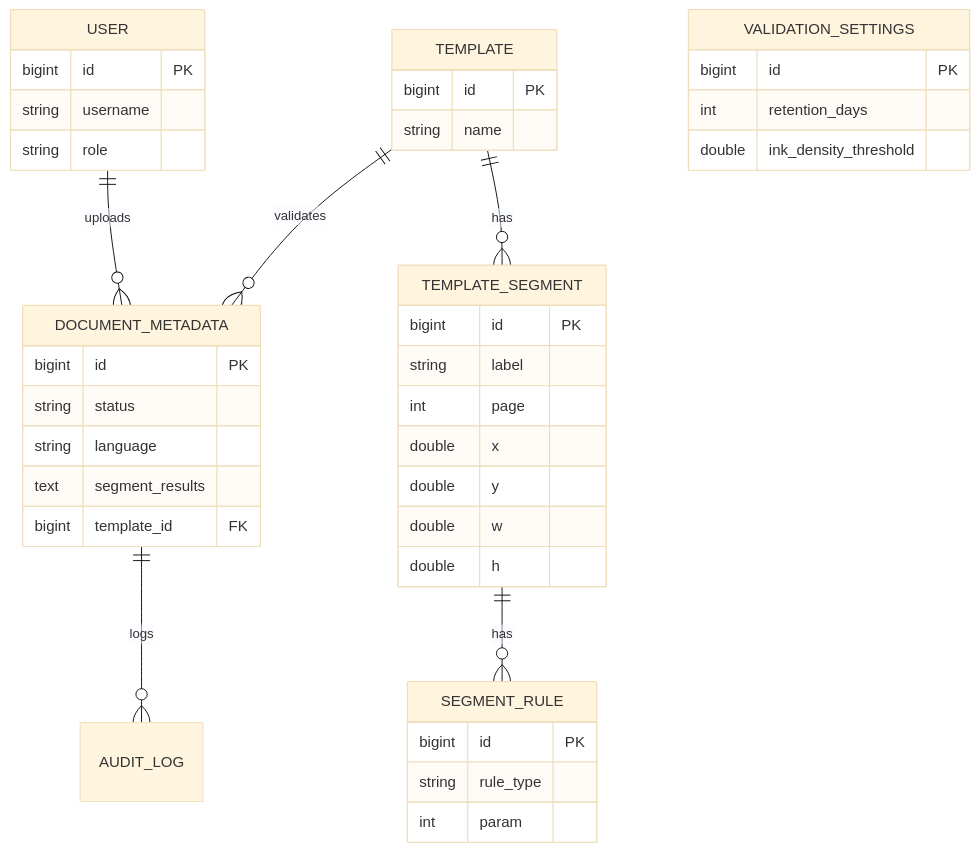
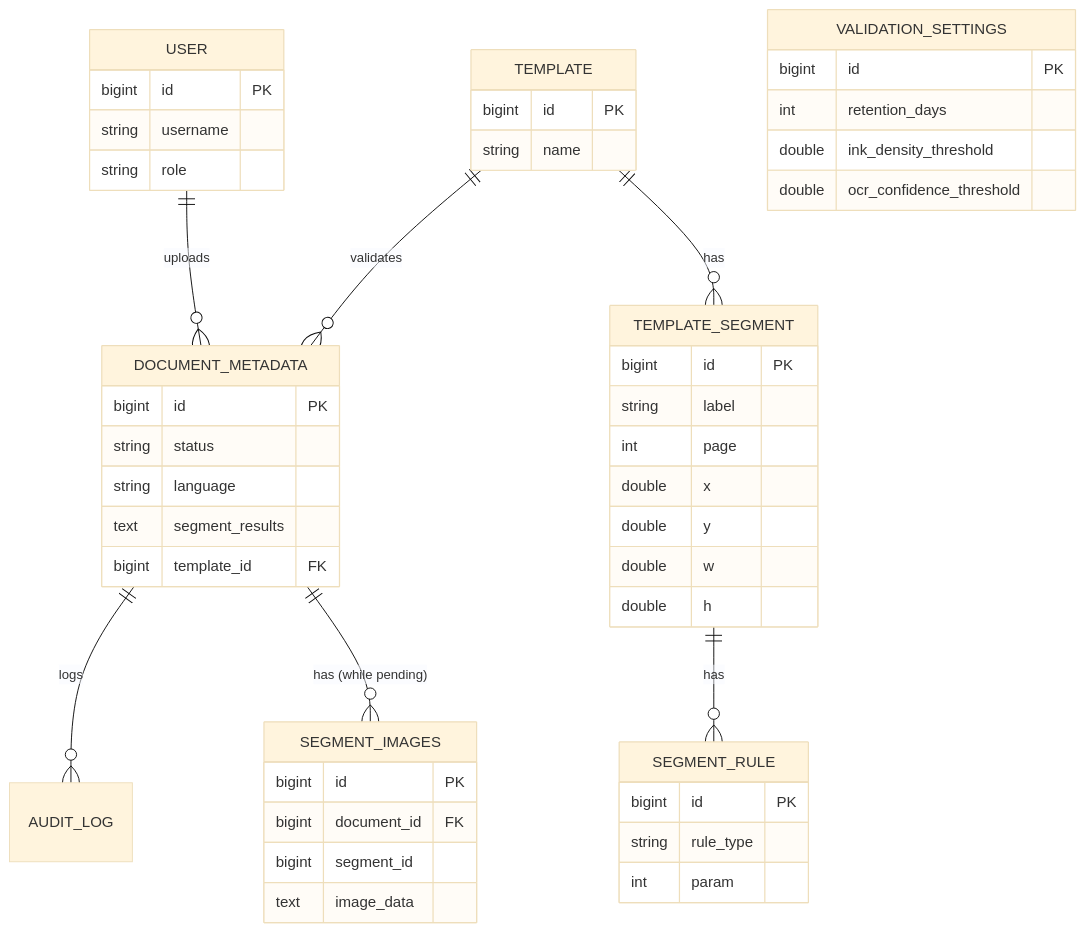
The fourth of 4 diagrams in SDD.md (pelinevleksiz/validdoc), drawn with Mermaid (base theme) before and after one commit. The commit also changed other lines of this file and 1 other file, not shown here.

Commit message:
docs: update SRS/SDD to reflect confidence-driven PENDING_REVIEW and temporary segment image storage

````diff
--- a/SDD.md
+++ b/SDD.md
@@ -95,44 +96,52 @@
 ```mermaid
 erDiagram
     USER ||--o{ DOCUMENT_METADATA : uploads
     TEMPLATE ||--o{ TEMPLATE_SEGMENT : has
     TEMPLATE_SEGMENT ||--o{ SEGMENT_RULE : has
     TEMPLATE ||--o{ DOCUMENT_METADATA : validates
     DOCUMENT_METADATA ||--o{ AUDIT_LOG : logs
+    DOCUMENT_METADATA ||--o{ SEGMENT_IMAGES : "has (while pending)"
 
     USER {
         bigint id PK
         string username
         string role
     }
     TEMPLATE {
         bigint id PK
         string name
     }
     TEMPLATE_SEGMENT {
         bigint id PK
         string label
         int page
         double x
         double y
         double w
         double h
     }
     SEGMENT_RULE {
         bigint id PK
         string rule_type
         int param
     }
     DOCUMENT_METADATA {
         bigint id PK
         string status
         string language
         text segment_results
         bigint template_id FK
     }
+    SEGMENT_IMAGES {
+        bigint id PK
+        bigint document_id FK
+        bigint segment_id
+        text image_data
+    }
     VALIDATION_SETTINGS {
         bigint id PK
         int retention_days
         double ink_density_threshold
+        double ocr_confidence_threshold
     }
 ```
````
